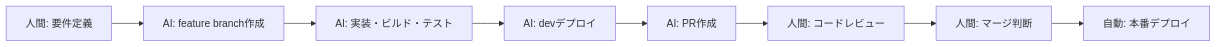
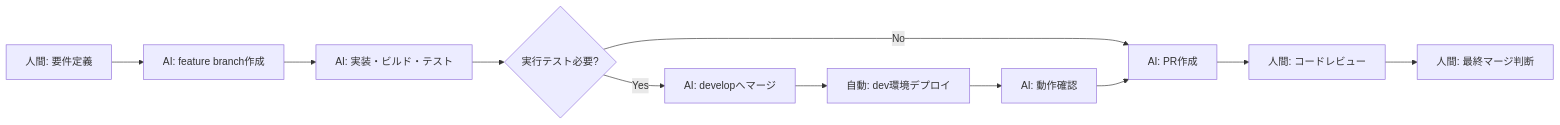
Before and after one commit to flow-theory-x/alexa-voice-memo: the diagram in docs/ai-sandbox-methodology.md, drawn with Mermaid. The commit also changed other lines of this file, not shown here.

````diff
--- a/docs/ai-sandbox-methodology.md
+++ b/docs/ai-sandbox-methodology.md
@@ -49,10 +51,13 @@
 ```mermaid
 graph LR
     A[人間: 要件定義] --> B[AI: feature branch作成]
     B --> C[AI: 実装・ビルド・テスト]
-    C --> D[AI: devデプロイ]
-    D --> E[AI: PR作成]
-    E --> F[人間: コードレビュー]
-    F --> G[人間: マージ判断]
-    G --> H[自動: 本番デプロイ]
+    C --> D{実行テスト必要?}
+    D -->|Yes| E[AI: developへマージ]
+    D -->|No| F[AI: PR作成]
+    E --> G[自動: dev環境デプロイ]
+    G --> H[AI: 動作確認]
+    H --> F
+    F --> I[人間: コードレビュー]
+    I --> J[人間: 最終マージ判断]
 ```
````
